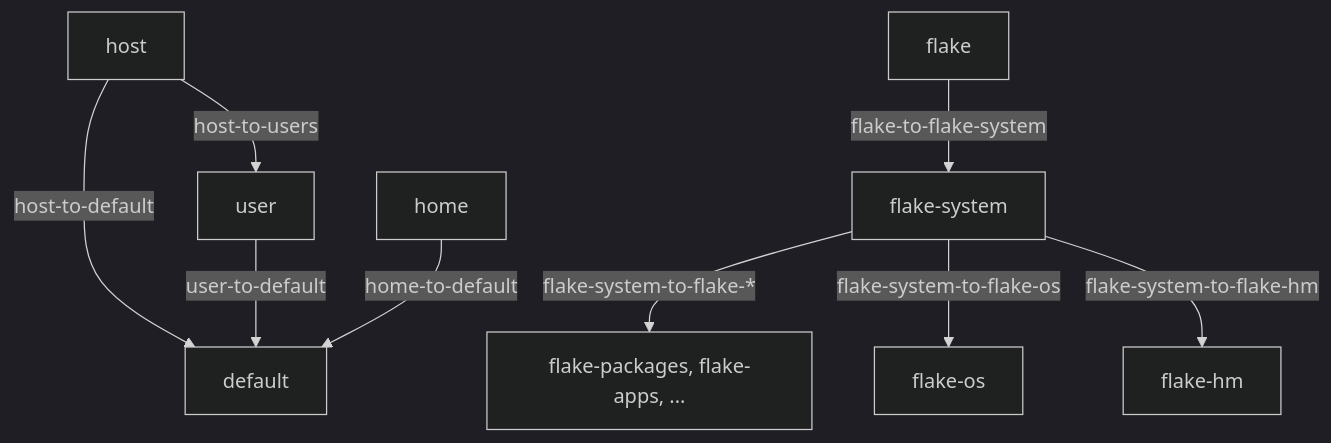
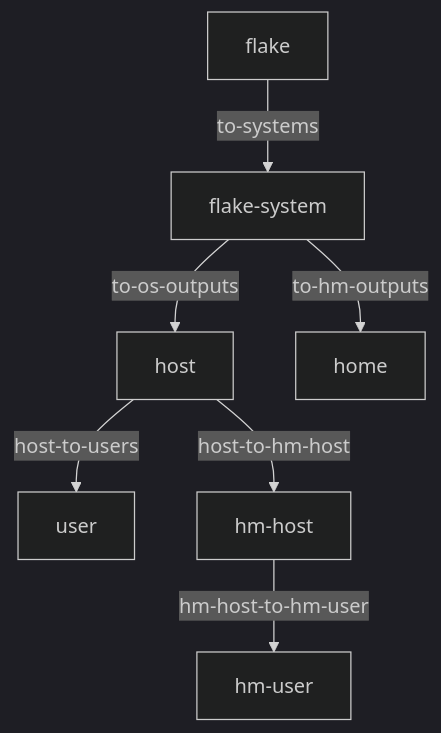
One commit to denful/den changed the diagram in docs/src/content/docs/explanation/policies.mdx. Above: the diagram before and after it, drawn with Mermaid (dark theme). The commit also changed other lines of this file and 69 other files, not shown here.

````diff
--- a/docs/src/content/docs/explanation/policies.mdx
+++ b/docs/src/content/docs/explanation/policies.mdx
@@ -30,11 +37,9 @@
 ```mermaid
 flowchart TD
-  host["host"] -->|host-to-users| user["user"]
-  host -->|host-to-default| default["default"]
-  user -->|user-to-default| default
-  home["home"] -->|home-to-default| default
-  flake["flake"] -->|flake-to-flake-system| system["flake-system"]
-  system -->|"flake-system-to-flake-*"| outputs["flake-packages, flake-apps, ..."]
-  system -->|flake-system-to-flake-os| flakeOs["flake-os"]
-  system -->|flake-system-to-flake-hm| flakeHm["flake-hm"]
+  flake["flake"] -->|to-systems| system["flake-system"]
+  system -->|to-os-outputs| host["host"]
+  system -->|to-hm-outputs| home["home"]
+  host -->|host-to-users| user["user"]
+  host -->|host-to-hm-host| hmhost["hm-host"]
+  hmhost -->|hm-host-to-hm-user| hmuser["hm-user"]
 ```
````
